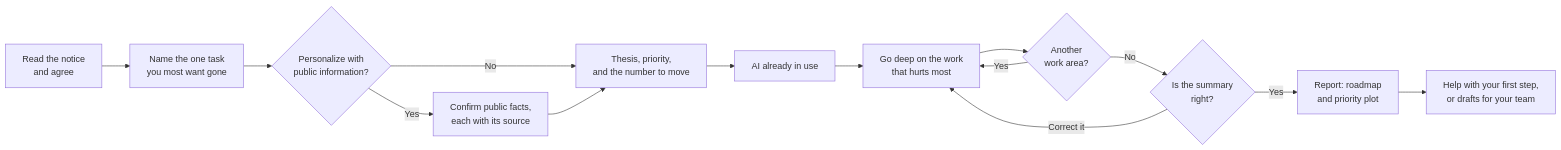
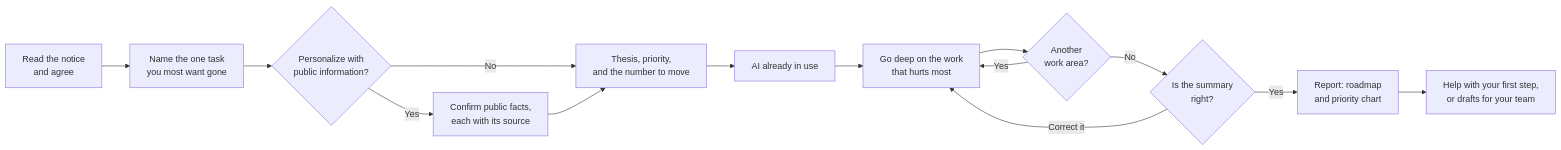
One commit to nxtpartners/nxt-fund-blueprint changed the first of 2 diagrams in README.md. Above: the diagram before and after it, drawn with Mermaid. The commit also changed other lines of this file and 18 other files, not shown here.

````diff
--- a/README.md
+++ b/README.md
@@ -17,16 +93,16 @@
 ```mermaid
 flowchart LR
     A[Read the notice<br/>and agree] --> B[Name the one task<br/>you most want gone]
     B --> C{Personalize with<br/>public information?}
     C -- Yes --> D[Confirm public facts,<br/>each with its source]
     C -- No --> E[Thesis, priority,<br/>and the number to move]
     D --> E
     E --> F[AI already in use]
     F --> G[Go deep on the work<br/>that hurts most]
     G --> H{Another<br/>work area?}
     H -- Yes --> G
     H -- No --> I{Is the summary<br/>right?}
     I -- Correct it --> G
-    I -- Yes --> J[Report: roadmap<br/>and priority plot]
+    I -- Yes --> J[Report: roadmap<br/>and priority chart]
     J --> K[Help with your first step,<br/>or drafts for your team]
 ```
````
